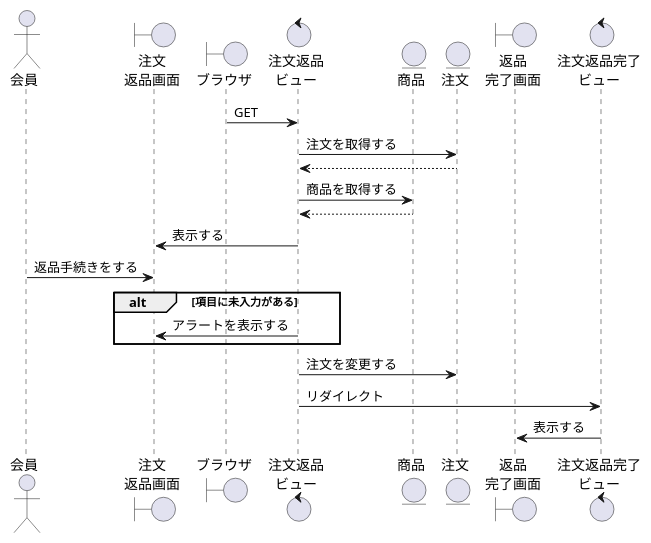
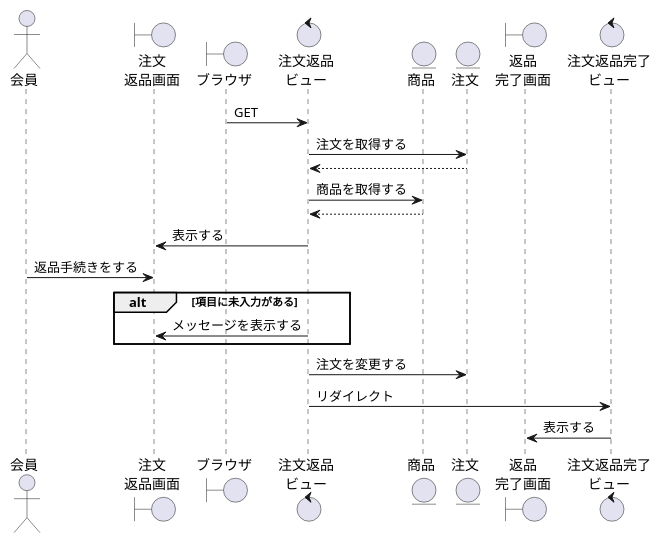
Before and after one commit to ysyk-wtnb16/team_D: the diagram in BBショップ/返品.wsd, drawn with PlantUML.

Commit message:
ｈ

```diff
--- a/BBショップ/返品.wsd
+++ b/BBショップ/返品.wsd
@@ -1,32 +1,32 @@
 @startuml return
 ' ①縦軸の並び順を決める
 actor "会員" as act
 boundary "注文\n返品画面" as orb
 ' コントローラーに初回アクセスするもの
 boundary "ブラウザ" as brz
 ' コントローラーまたはビューの名称を決める
 control "注文返品\nビュー" as orc
 ' DAOまたはモデルとなる
 entity "商品" as pdt
 entity "注文" as order
 boundary "返品\n完了画面" as orkb
 control "注文返品完了\nビュー" as orkc
 
 brz -> orc: GET
 orc -> order:注文を取得する
 orc <-- order
 orc -> pdt:商品を取得する
 orc <-- pdt
 orb <- orc:表示する
 act -> orb:返品手続きをする
 
 
 alt 項目に未入力がある
-    orb <- orc:アラートを表示する
+    orb <- orc:メッセージを表示する
 end
 
 orc -> order: 注文を変更する
 orc -> orkc: リダイレクト
 orkb <- orkc:表示する
 
 @enduml
```
